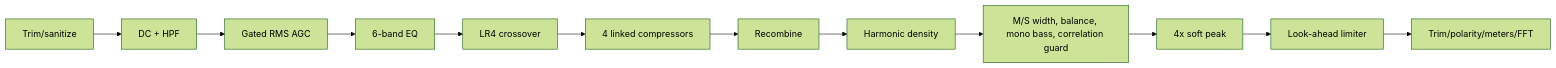
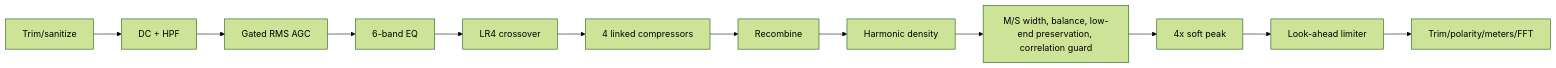
Before and after one commit to pheonix666999/Aurora: the diagram in docs/DSP_DESIGN.md, drawn with Mermaid (forest theme). The commit also changed other lines of this file and 7 other files, not shown here.

````diff
--- a/docs/DSP_DESIGN.md
+++ b/docs/DSP_DESIGN.md
@@ -3,7 +3,7 @@
 ```mermaid
 flowchart LR
   A[Trim/sanitize] --> B[DC + HPF] --> C[Gated RMS AGC] --> D[6-band EQ]
   D --> E[LR4 crossover] --> F[4 linked compressors] --> G[Recombine]
-  G --> H[Harmonic density] --> I[M/S width, balance, mono bass, correlation guard]
+  G --> H[Harmonic density] --> I[M/S width, balance, low-end preservation, correlation guard]
   I --> J[4x soft peak] --> K[Look-ahead limiter] --> L[Trim/polarity/meters/FFT]
 ```
````
